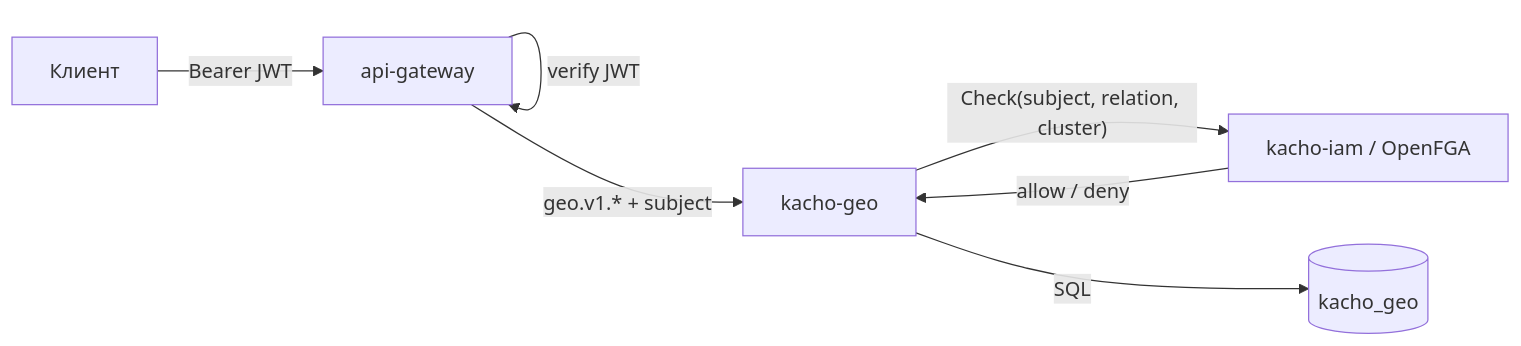
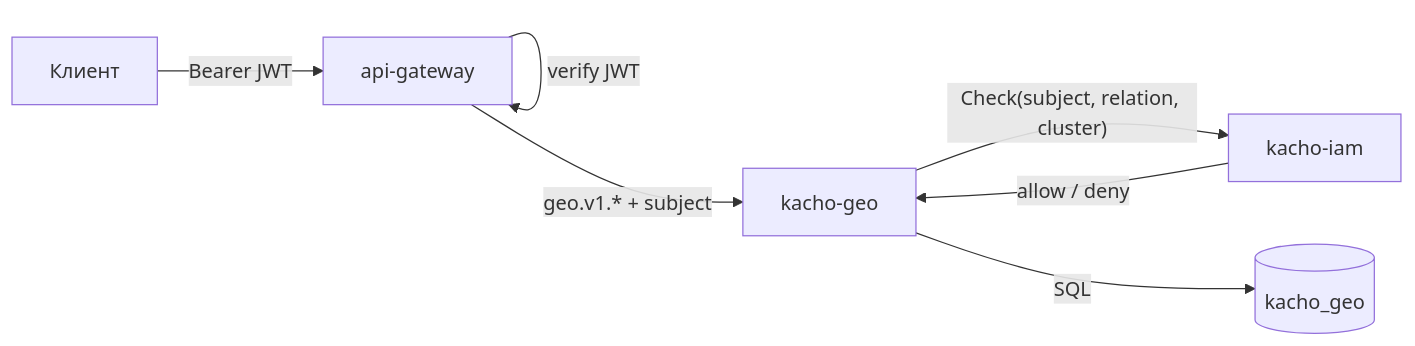
Before and after one commit to PRO-Robotech/kacho: the diagram in services/geo/docs/content/api/overview.mdx, drawn with Mermaid. The commit also changed other lines of this file and 589 other files, not shown here.

````diff
--- a/services/geo/docs/content/api/overview.mdx
+++ b/services/geo/docs/content/api/overview.mdx
@@ -135,9 +135,9 @@
 ```mermaid
 flowchart LR
   cli["Клиент"] -->|"Bearer JWT"| agw["api-gateway"]
   agw -->|"verify JWT"| agw
   agw -->|"geo.v1.* + subject"| geo["kacho-geo"]
-  geo -->|"Check(subject, relation, cluster)"| iam["kacho-iam / OpenFGA"]
+  geo -->|"Check(subject, relation, cluster)"| iam["kacho-iam"]
   iam -->|"allow / deny"| geo
   geo -->|"SQL"| pg[("kacho_geo")]
 ```
````
